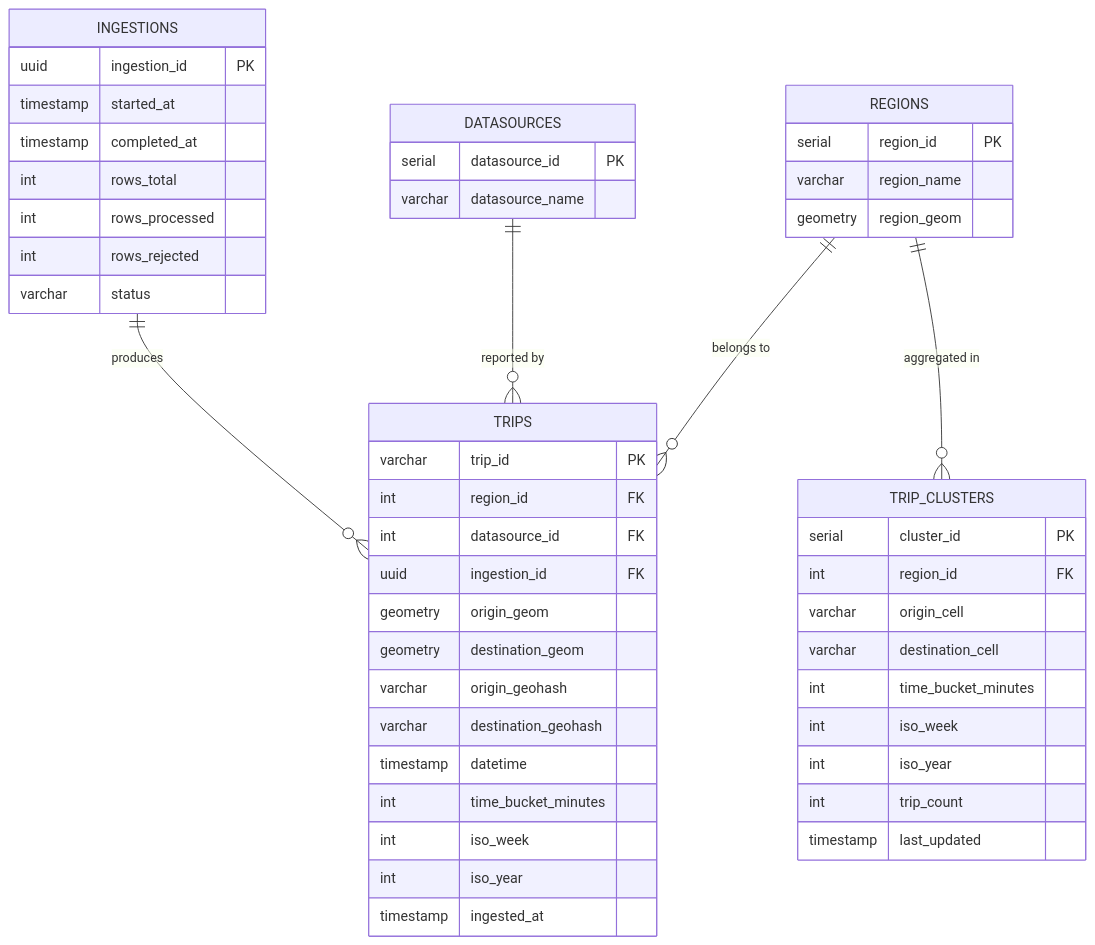
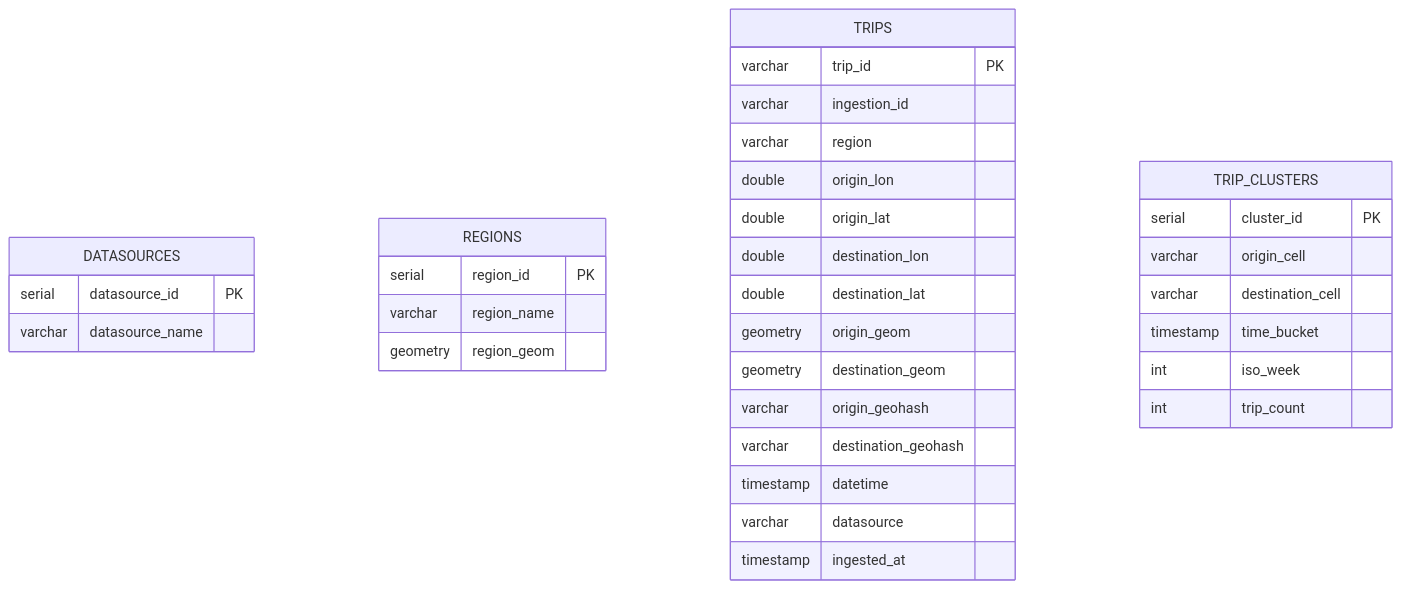
The diagram in docs/architecture-en-us.md (jguilhermemv/jobsity-de-interview-challenge), drawn with Mermaid before and after one commit. The commit also changed other lines of this file and 26 other files, not shown here.

````diff
--- a/docs/architecture-en-us.md
+++ b/docs/architecture-en-us.md
@@ -366,56 +371,39 @@
 ```mermaid
 erDiagram
-    INGESTIONS {
-        uuid ingestion_id PK
-        timestamp started_at
-        timestamp completed_at
-        int rows_total
-        int rows_processed
-        int rows_rejected
-        varchar status
-    }
-
     DATASOURCES {
         serial datasource_id PK
         varchar datasource_name
     }
 
     REGIONS {
         serial region_id PK
         varchar region_name
         geometry region_geom
     }
 
     TRIPS {
         varchar trip_id PK
-        int region_id FK
-        int datasource_id FK
-        uuid ingestion_id FK
+        varchar ingestion_id
+        varchar region
+        double origin_lon
+        double origin_lat
+        double destination_lon
+        double destination_lat
         geometry origin_geom
         geometry destination_geom
         varchar origin_geohash
         varchar destination_geohash
         timestamp datetime
-        int time_bucket_minutes
-        int iso_week
-        int iso_year
+        varchar datasource
         timestamp ingested_at
     }
 
     TRIP_CLUSTERS {
         serial cluster_id PK
-        int region_id FK
         varchar origin_cell
         varchar destination_cell
-        int time_bucket_minutes
+        timestamp time_bucket
         int iso_week
-        int iso_year
         int trip_count
-        timestamp last_updated
     }
-
-    INGESTIONS ||--o{ TRIPS : "produces"
-    REGIONS ||--o{ TRIPS : "belongs to"
-    DATASOURCES ||--o{ TRIPS : "reported by"
-    REGIONS ||--o{ TRIP_CLUSTERS : "aggregated in"
 ```
````
